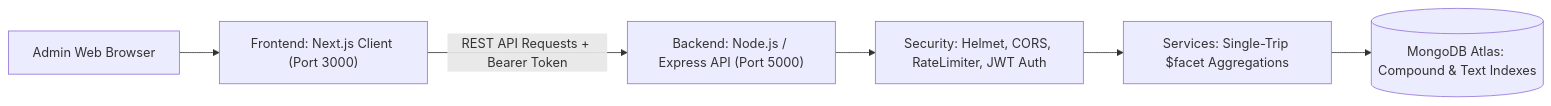
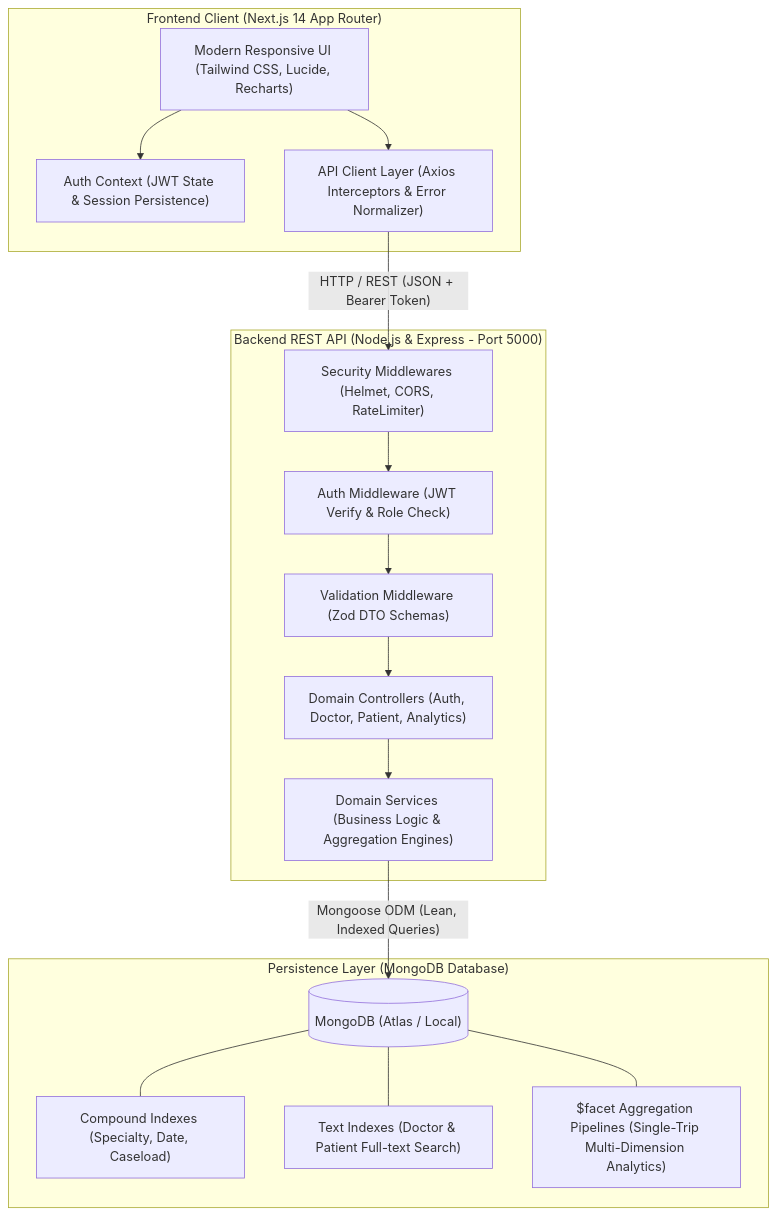
The first of 2 diagrams in README.md (al-rasels/doctor-tracker-core), drawn with Mermaid before and after one commit. The commit also changed other lines of this file and 107 other files, not shown here.

Commit message:
feat: implement core backend controllers, services, and frontend UI layout

````diff
--- a/README.md
+++ b/README.md
@@ -121,8 +130,37 @@
 ```mermaid
-flowchart LR
-    Browser["Admin Web Browser"] --> NextClient["Frontend: Next.js Client (Port 3000)"]
-    NextClient -->|REST API Requests + Bearer Token| ExpressAPI["Backend: Node.js / Express API (Port 5000)"]
-    ExpressAPI --> Security["Security: Helmet, CORS, RateLimiter, JWT Auth"]
-    Security --> Aggregation["Services: Single-Trip $facet Aggregations"]
-    Aggregation --> Mongo[("MongoDB Atlas: Compound & Text Indexes")]
+flowchart TD
+    subgraph ClientLayer["Frontend Client (Next.js 14 App Router)"]
+        UI["Modern Responsive UI (Tailwind CSS, Lucide, Recharts)"]
+        AuthCtx["Auth Context (JWT State & Session Persistence)"]
+        ApiClient["API Client Layer (Axios Interceptors & Error Normalizer)"]
+        UI --> AuthCtx
+        UI --> ApiClient
+    end
+
+    subgraph GatewayLayer["Backend REST API (Node.js & Express - Port 5000)"]
+        Middlewares["Security Middlewares (Helmet, CORS, RateLimiter)"]
+        AuthGuard["Auth Middleware (JWT Verify & Role Check)"]
+        Validator["Validation Middleware (Zod DTO Schemas)"]
+        Controllers["Domain Controllers (Auth, Doctor, Patient, Analytics)"]
+        Services["Domain Services (Business Logic & Aggregation Engines)"]
+        
+        Middlewares --> AuthGuard
+        AuthGuard --> Validator
+        Validator --> Controllers
+        Controllers --> Services
+    end
+
+    subgraph DataLayer["Persistence Layer (MongoDB Database)"]
+        MongoAtlas[("MongoDB (Atlas / Local)")]
+        CompoundIdx["Compound Indexes (Specialty, Date, Caseload)"]
+        TextIdx["Text Indexes (Doctor & Patient Full-text Search)"]
+        FacetAgg["$facet Aggregation Pipelines (Single-Trip Multi-Dimension Analytics)"]
+        
+        MongoAtlas --- CompoundIdx
+        MongoAtlas --- TextIdx
+        MongoAtlas --- FacetAgg
+    end
+
+    ApiClient -->|"HTTP / REST (JSON + Bearer Token)"| Middlewares
+    Services -->|"Mongoose ODM (Lean, Indexed Queries)"| MongoAtlas
 ```
````
